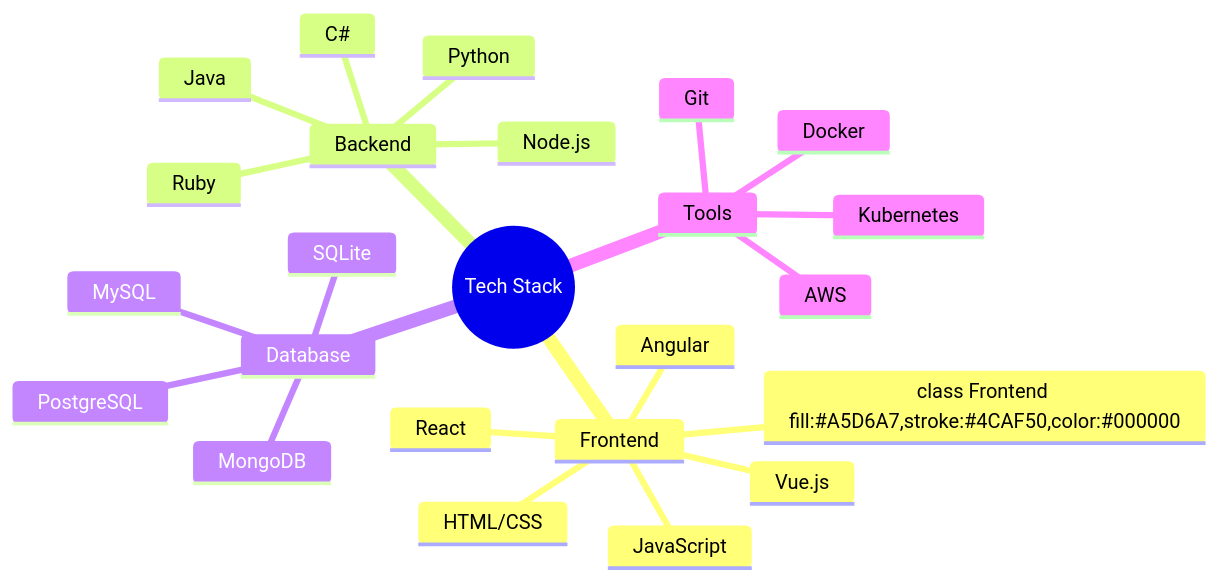
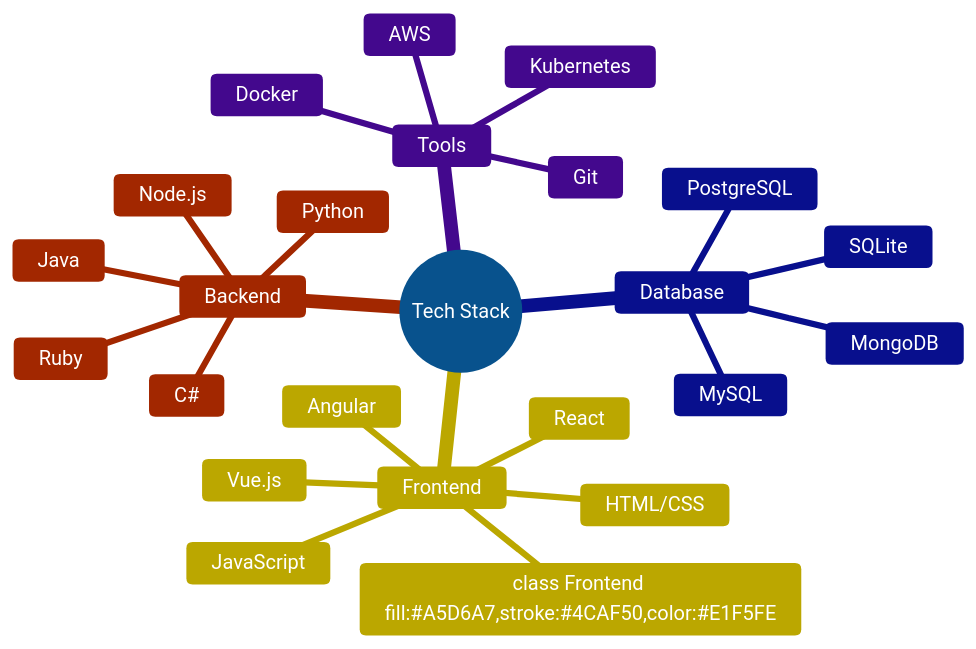
One commit to udithanayanajith/udithanayanajith changed the first of 3 diagrams in README.md. Above: the diagram before and after it, drawn with Mermaid.

````diff
--- a/README.md
+++ b/README.md
@@ -12,43 +12,43 @@
 ```mermaid
 %%{init: {'theme': 'base', 'themeVariables': { 
   'fontSize': '16px', 
   'primaryColor': '#2196F3', 
   'secondaryColor': '#FFEB3B', 
   'tertiaryColor': '#FF5722', 
   'edgeLabelBackground': '#ffffff', 
   'primaryTextColor': '#FFFFFF', 
   'secondaryTextColor': '#000000', 
   'tertiaryTextColor': '#FFFFFF', 
   'nodeBorder': '2px solid #FFEB3B', 
   'nodeTextColor': '#FFFFFF', 
   'linkColor': '#4CAF50',
-  'backgroundColor': '#F5F5F5', %% Light gray background
+  'backgroundColor': '#F5F5F5'
 }}}%%
 mindmap
   root((Tech Stack))
     Frontend
-      class Frontend fill:#A5D6A7,stroke:#4CAF50,color:#000000
+      class Frontend fill:#A5D6A7,stroke:#4CAF50,color:#E1F5FE
       HTML/CSS
       JavaScript
       React
       Angular
       Vue.js
     Backend
       Node.js
       Python
       Java
       C#
       Ruby
     Database
       MongoDB
       MySQL
       PostgreSQL
       SQLite
     Tools
       Git
       Docker
       AWS
       Kubernetes
 
 
 ```
````
